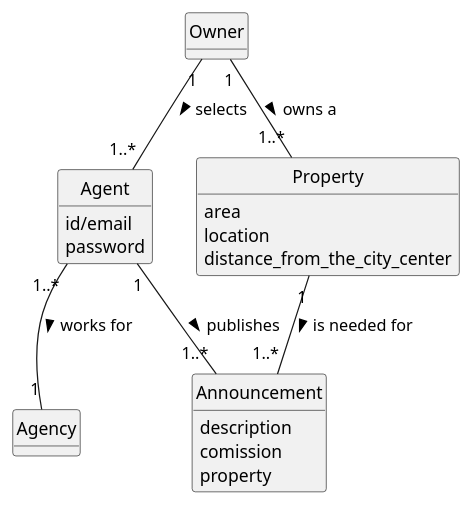
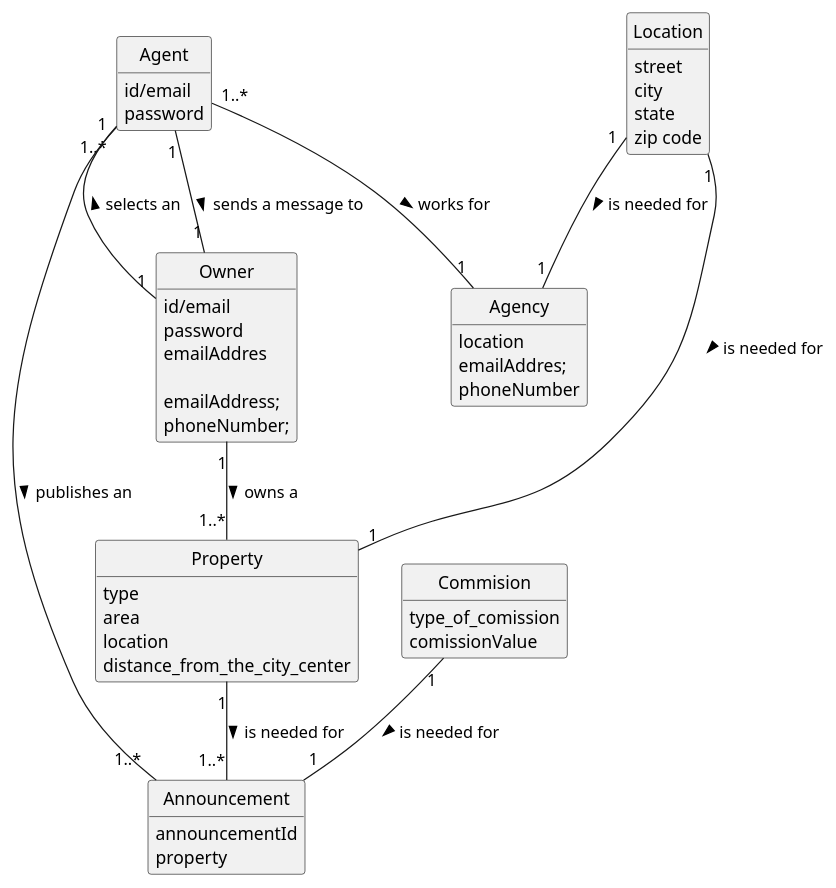
One commit to Rodrick0209/ISEP-LAPR2-22-23 changed the diagram in docs/Sprint-D/US002/02.analysis/puml/us002-domain-model.puml. Above: the diagram before and after it, drawn with PlantUML. The commit also changed 26 other files, not shown here.

Commit message:
Esoft Global Requirments : domain model,project analysis, Use case Diagram and some more upadtes. Us002 Esoft almost finished ,ssd and domain model updated.

```diff
--- a/docs/Sprint-D/US002/02.analysis/puml/us002-domain-model.puml
+++ b/docs/Sprint-D/US002/02.analysis/puml/us002-domain-model.puml
@@ -1,44 +1,64 @@
-    @startuml
+@startuml
 skinparam monochrome true
 skinparam packageStyle rectangle
 skinparam shadowing false
 
 'left to right direction
 
 skinparam classAttributeIconSize 0
 
 hide circle
 hide methods
 
-'title Domain Model
-
-'class Platform {
-'  -description
-'}
-
+class Agency{
+    location
+    emailAddres;
+    phoneNumber
+}
 class Agent {
 id/email
 password
 }
 
+class Location{
+street
+city
+state
+zip code
+}
+
 class Owner {
+id/email
+password
+emailAddres
+
+emailAddress;
+phoneNumber;
 }
 
 class Property {
+   type
    area
    location
     distance_from_the_city_center
 }
 
 class Announcement {
-    description
-    comission
-    property
+announcementId
+     property
   }
+ class Commision {
+     type_of_comission
+     comissionValue
+     }
 
-Owner "1" -- "1..*" Agent : selects >
+Owner "1" -- "1..*" Agent : selects an >
 Owner "1" -- "1..*" Property : owns a >
-Agent "1" -- "1..*" Announcement : publishes >
+Agent "1" -- "1..*" Announcement : publishes an >
 Agent "1..*" -- "1" Agency : works for >
 Property "1"-- "1..*"Announcement: is needed for  >
+Location "1"--"1" Property : is needed for >
+Location "1"--"1" Agency : is needed for >
+Commision "1"--"1" Announcement : is needed for >
+Agent "1"--"1" Owner : sends a message to >
 @enduml
```
